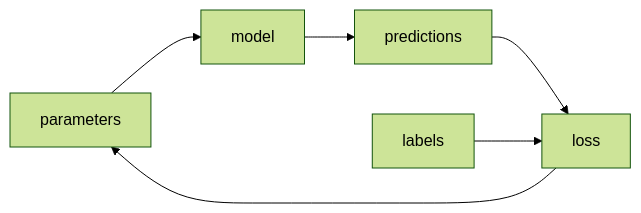
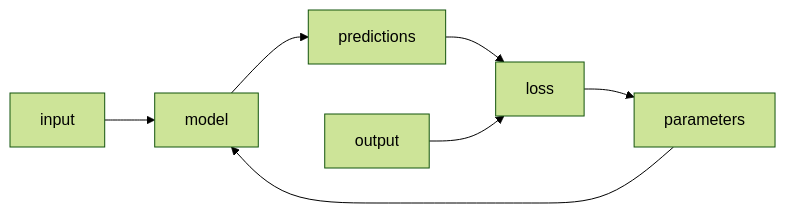
One commit to nicoladerric/nicoladerric.github.io changed the third of 3 diagrams in _posts/2023-08-16-rivoluzione.md. Above: the diagram before and after it, drawn with Mermaid (forest theme).

````diff
--- a/_posts/2023-08-16-rivoluzione.md
+++ b/_posts/2023-08-16-rivoluzione.md
@@ -31,8 +31,9 @@
 ```mermaid
 flowchart LR;
+    input --> model;
     parameters --> model;
     model --> predictions;
     predictions --> loss;
-    labels --> loss;
+    output --> loss;
     loss --> parameters;
 ```
````
